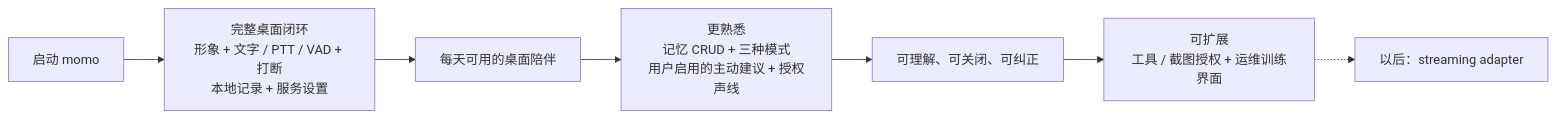
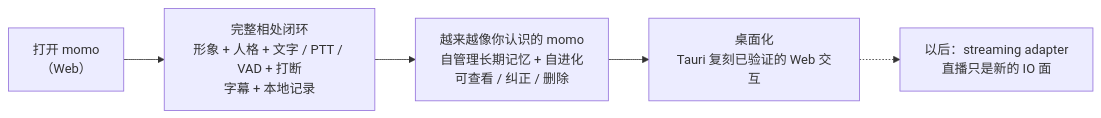
One commit to Momoyeyu/momo changed the diagram in docs/00-context/product.md. Above: the diagram before and after it, drawn with Mermaid. The commit also changed other lines of this file and 18 other files, not shown here.

Commit message:
docs: correct product direction — humanlike companion core, web-first host, repo split plan, provider boundary

````diff
--- a/docs/00-context/product.md
+++ b/docs/00-context/product.md
@@ -25,9 +27,7 @@
 ```mermaid
 flowchart LR
-    START["启动 momo"] --> CORE["完整桌面闭环<br/>形象 + 文字 / PTT / VAD + 打断<br/>本地记录 + 服务设置"]
-    CORE --> USE["每天可用的桌面陪伴"]
-    USE --> FAMILIAR["更熟悉<br/>记忆 CRUD + 三种模式<br/>用户启用的主动建议 + 授权声线"]
-    FAMILIAR --> TRUST["可理解、可关闭、可纠正"]
-    TRUST --> EXTEND["可扩展<br/>工具 / 截图授权 + 运维训练界面"]
-    EXTEND -.-> LATER["以后：streaming adapter"]
+    START["打开 momo<br/>（Web）"] --> CORE["完整相处闭环<br/>形象 + 人格 + 文字 / PTT / VAD + 打断<br/>字幕 + 本地记录"]
+    CORE --> FAMILIAR["越来越像你认识的 momo<br/>自管理长期记忆 + 自进化<br/>可查看 / 纠正 / 删除"]
+    FAMILIAR --> DESK["桌面化<br/>Tauri 复刻已验证的 Web 交互"]
+    DESK -.-> LATER["以后：streaming adapter<br/>直播只是新的 IO 面"]
 ```
````
